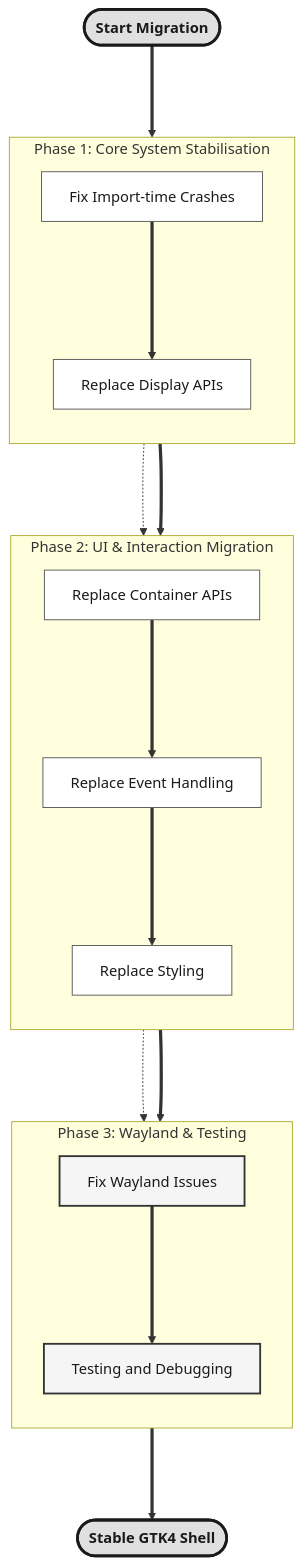
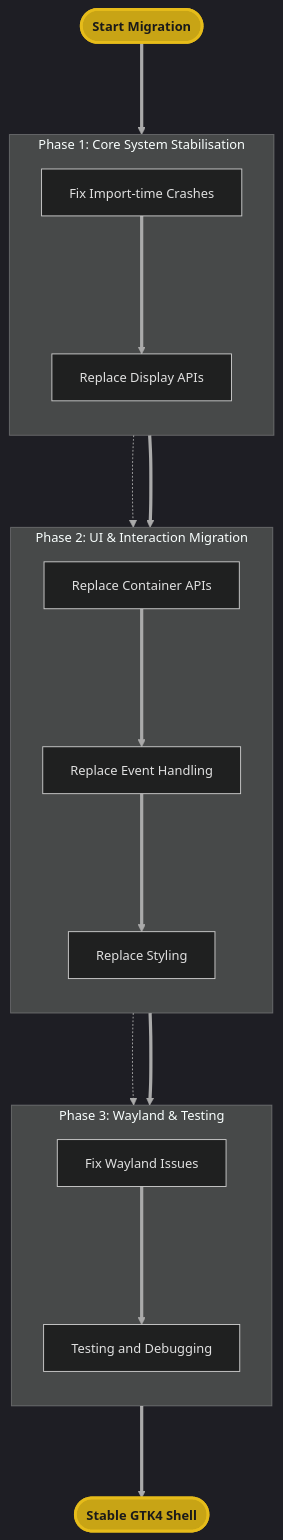
Before and after one commit to Dev10-sys/sugar-proposal-gtk: the seventh of 9 diagrams in proposal.md, drawn with Mermaid. The commit also changed other lines of this file, not shown here.

Commit message:
Dark theme diagrams: professional system architecture style with amber highlights

````diff
--- a/proposal.md
+++ b/proposal.md
@@ -547,47 +484,40 @@
 ```mermaid
+%%{init: {'theme': 'dark', 'themeVariables': {'primaryColor': '#2a2a2a', 'primaryBorderColor': '#888', 'lineColor': '#aaa', 'textColor': '#e0e0e0', 'fontSize': '14px'}}}%%
 flowchart TD
-    %% Workflow Definition
     Start(["Start Migration"])
 
     subgraph CoreStabilisation ["Phase 1: Core System Stabilisation"]
         direction TB
         A["Fix Import-time Crashes"]
         B["Replace Display APIs"]
     end
 
     subgraph APIMigration ["Phase 2: UI & Interaction Migration"]
         direction TB
         C["Replace Container APIs"]
         D["Replace Event Handling"]
         E["Replace Styling"]
     end
 
     subgraph WaylandCompat ["Phase 3: Wayland & Testing"]
         direction TB
         F["Fix Wayland Issues"]
         G["Testing and Debugging"]
     end
 
     H(["Stable GTK4 Shell"])
 
-    %% Flow
     Start ===> CoreStabilisation
     A ===> B
     CoreStabilisation ===> APIMigration
     B -.-> C
     C ===> D
     D ===> E
     APIMigration ===> WaylandCompat
     E -.-> F
     F ===> G
     WaylandCompat ===> H
 
-    %% Styling
-    classDef startEnd fill:#e0e0e0,stroke:#1a1a1a,stroke-width:3px,color:#1a1a1a,font-weight:bold;
-    classDef process fill:#fff,stroke:#555,stroke-width:1px,color:#1a1a1a;
-    classDef processTarget fill:#f5f5f5,stroke:#333,stroke-width:2px,color:#1a1a1a;
-
-    class Start,H startEnd;
-    class A,B,C,D,E process;
-    class F,G processTarget;
+    style Start fill:#c8a415,stroke:#e6bc1a,stroke-width:3px,color:#1a1a1a,font-weight:bold
+    style H fill:#c8a415,stroke:#e6bc1a,stroke-width:3px,color:#1a1a1a,font-weight:bold
 ```
````
